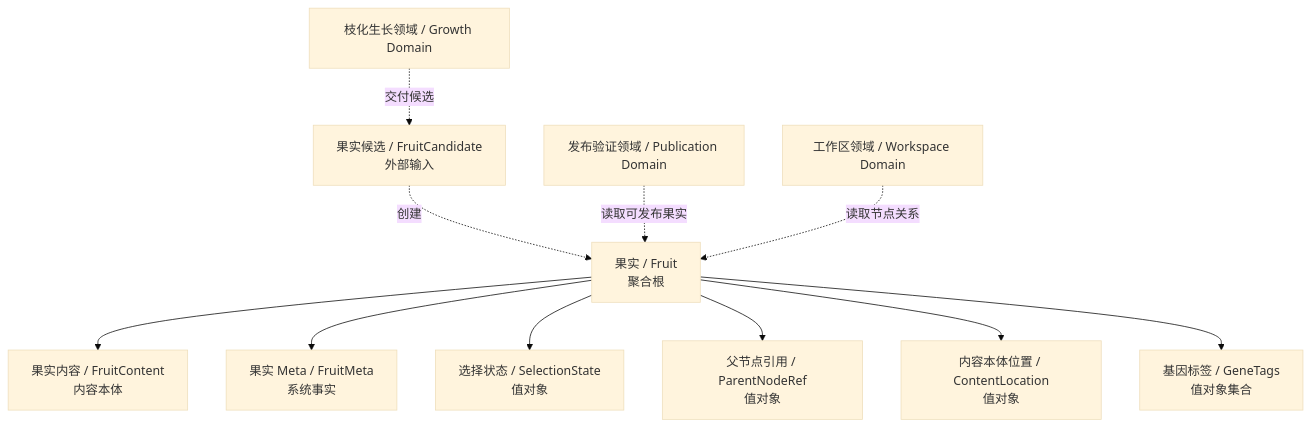
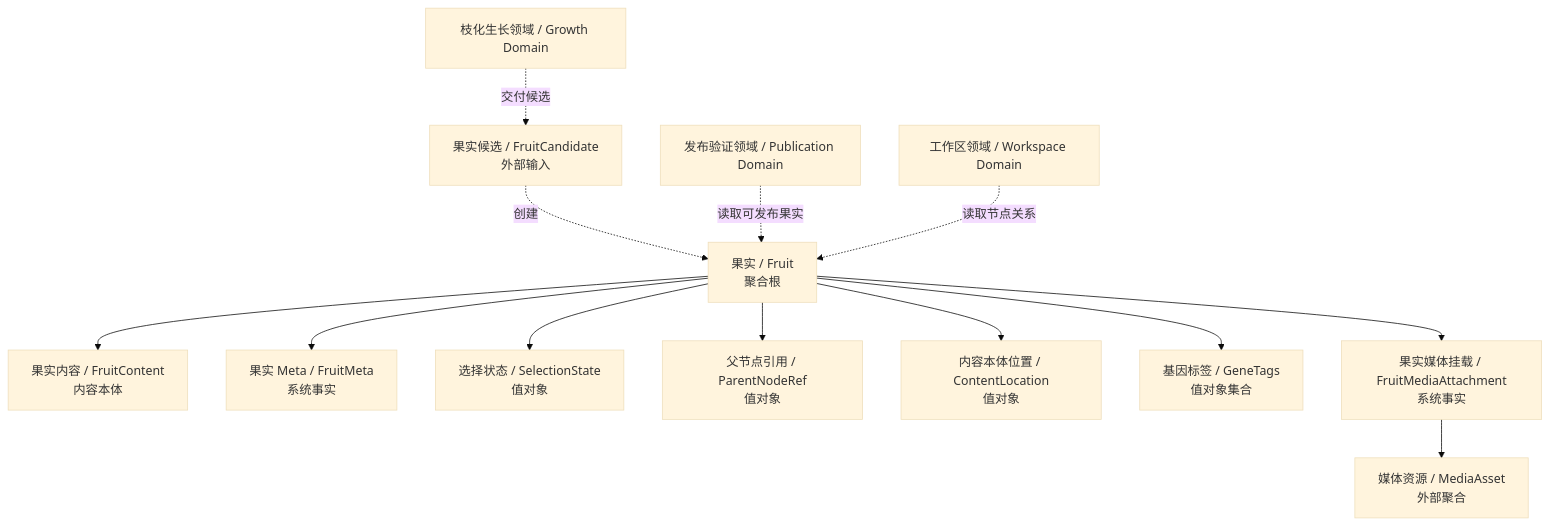
Before and after one commit to Time-Machine-Lab/ContentForest: the first of 3 diagrams in docs/design/domain/果实领域模块设计文档.md, drawn with Mermaid (base theme). The commit also changed other lines of this file and 86 other files, not shown here.

First line of the commit message:
feat(media-asset-backend): integrate media asset capabilities into branch growth process

````diff
--- a/docs/design/domain/果实领域模块设计文档.md
+++ b/docs/design/domain/果实领域模块设计文档.md
@@ -33,13 +35,15 @@
 ```mermaid
 graph TD
     Fruit["果实 / Fruit<br/>聚合根"] --> FruitContent["果实内容 / FruitContent<br/>内容本体"]
     Fruit --> FruitMeta["果实 Meta / FruitMeta<br/>系统事实"]
     Fruit --> SelectionState["选择状态 / SelectionState<br/>值对象"]
     Fruit --> ParentNodeRef["父节点引用 / ParentNodeRef<br/>值对象"]
     Fruit --> ContentLocation["内容本体位置 / ContentLocation<br/>值对象"]
     Fruit --> GeneTags["基因标签 / GeneTags<br/>值对象集合"]
+    Fruit --> FruitMedia["果实媒体挂载 / FruitMediaAttachment<br/>系统事实"]
+    FruitMedia --> MediaAsset["媒体资源 / MediaAsset<br/>外部聚合"]
     FruitCandidate["果实候选 / FruitCandidate<br/>外部输入"] -.创建.-> Fruit
     GrowthDomain["枝化生长领域 / Growth Domain"] -.交付候选.-> FruitCandidate
     PublicationDomain["发布验证领域 / Publication Domain"] -.读取可发布果实.-> Fruit
     WorkspaceDomain["工作区领域 / Workspace Domain"] -.读取节点关系.-> Fruit
 ```
````
